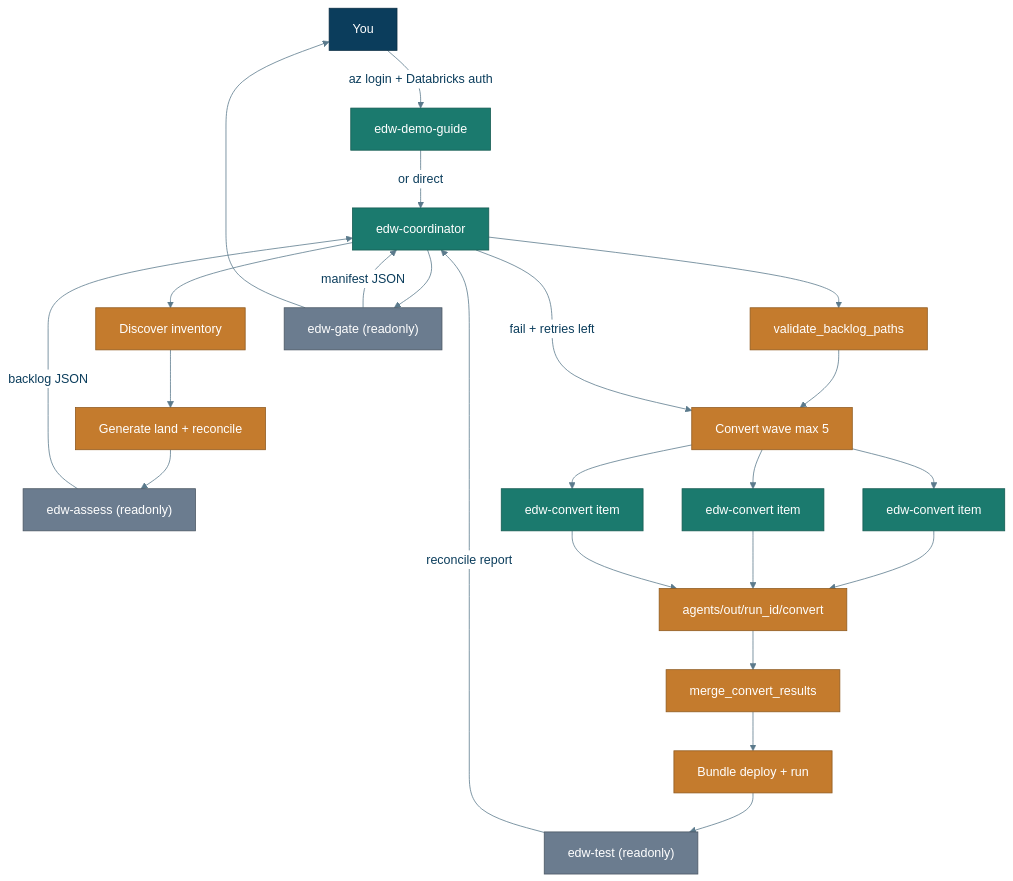
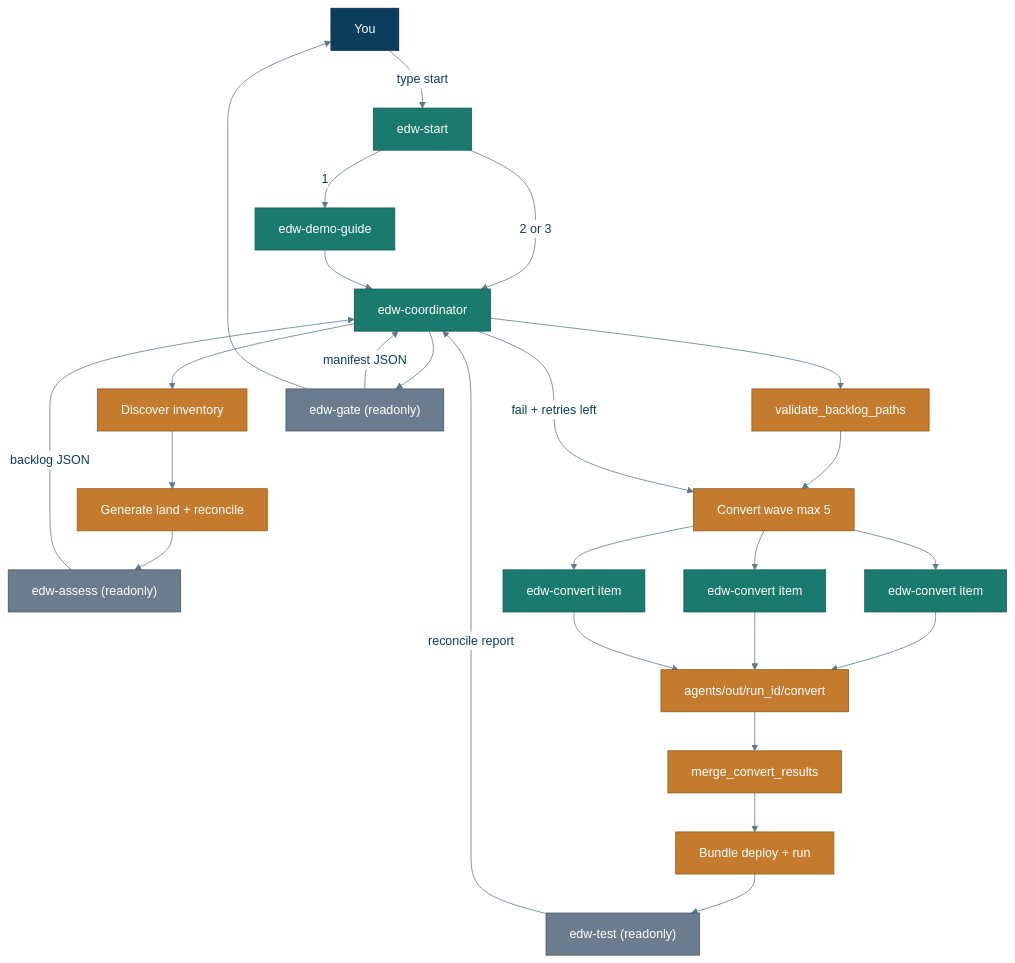
One commit to Jericho2010/edwmigration changed the diagram in docs/img/agent_delegation.mmd. Above: the diagram before and after it, drawn with Mermaid. The commit also changed 58 other files, not shown here.

First line of the commit message:
Add edw-start front door, harden subagents, and clarify start-first docs.

```diff
--- a/docs/img/agent_delegation.mmd
+++ b/docs/img/agent_delegation.mmd
@@ -1,34 +1,36 @@
 %%{init: {"theme":"base","themeVariables":{"primaryColor":"#E8F1F8","primaryTextColor":"#0B3D5C","primaryBorderColor":"#0B3D5C","lineColor":"#5B7A8C","secondaryColor":"#E6F4F1","tertiaryColor":"#F7F3EA","background":"#FFFFFF","mainBkg":"#E8F1F8","clusterBkg":"#F7FAFC","clusterBorder":"#5B7A8C","titleColor":"#0B3D5C","edgeLabelBackground":"#FFFFFF"}}}%%
 flowchart TD
-  User["You"] -->|"az login + Databricks auth"| Guide["edw-demo-guide"]
-  Guide -->|"or direct"| Coord["edw-coordinator"]
+  User["You"] -->|"type start"| Start["edw-start"]
+  Start -->|"1"| Guide["edw-demo-guide"]
+  Start -->|"2 or 3"| Coord["edw-coordinator"]
+  Guide --> Coord
   Coord --> Discover["Discover inventory"]
   Discover --> Generate["Generate land + reconcile"]
   Generate --> Assess["edw-assess (readonly)"]
   Assess -->|"backlog JSON"| Coord
   Coord --> Validate["validate_backlog_paths"]
   Validate --> Wave["Convert wave max 5"]
   Wave --> C1["edw-convert item"]
   Wave --> C2["edw-convert item"]
   Wave --> Cn["edw-convert item"]
   C1 --> Results["agents/out/run_id/convert"]
   C2 --> Results
   Cn --> Results
   Results --> Merge["merge_convert_results"]
   Merge --> DeployRun["Bundle deploy + run"]
   DeployRun --> Test["edw-test (readonly)"]
   Test -->|"reconcile report"| Coord
   Coord --> Gate["edw-gate (readonly)"]
   Gate -->|"manifest JSON"| Coord
   Coord -->|"fail + retries left"| Wave
   Gate --> User
 
   classDef user fill:#0B3D5C,stroke:#082C43,color:#fff
   classDef agent fill:#1B7A6E,stroke:#145A51,color:#fff
   classDef readonly fill:#6B7C8F,stroke:#4A5663,color:#fff
   classDef work fill:#C47B2D,stroke:#8F5A1F,color:#fff
 
   class User user
-  class Guide,Coord,C1,C2,Cn agent
+  class Start,Guide,Coord,C1,C2,Cn agent
   class Assess,Test,Gate readonly
   class Discover,Generate,DeployRun,Validate,Merge,Wave,Results work
```
